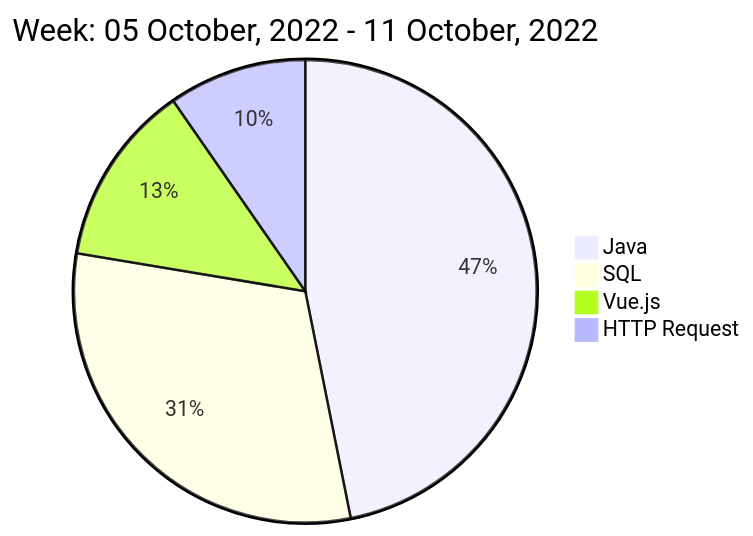
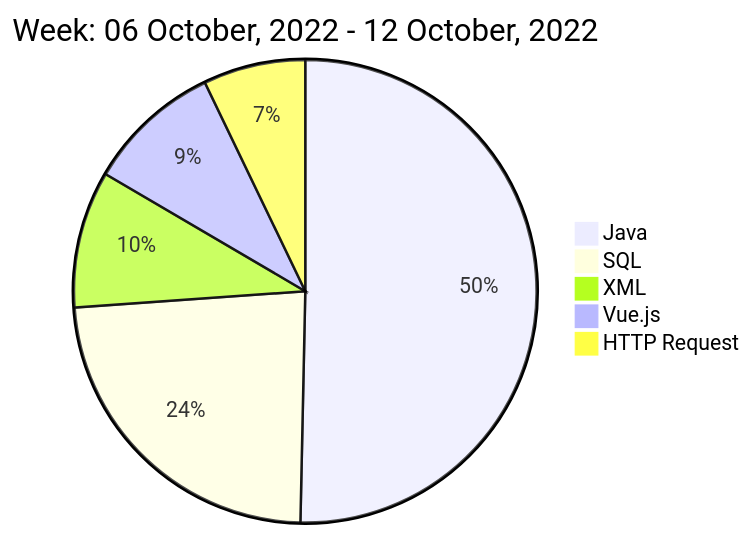
One commit to liubin95/liubin95 changed the diagram in README.md. Above: the diagram before and after it, drawn with Mermaid.

Commit message:
Updated the Graph with new Metrics

````diff
--- a/README.md
+++ b/README.md
@@ -40,8 +40,9 @@
 ```mermaid
  pie
-title Week: 05 October, 2022 - 11 October, 2022
- "Java" : 6.7
- "SQL" : 4.4
+title Week: 06 October, 2022 - 12 October, 2022
+ "Java" : 9.73
+ "SQL" : 4.55
+ "XML" : 1.85
  "Vue.js" : 1.82
  "HTTP Request" : 1.38
 ```
````
